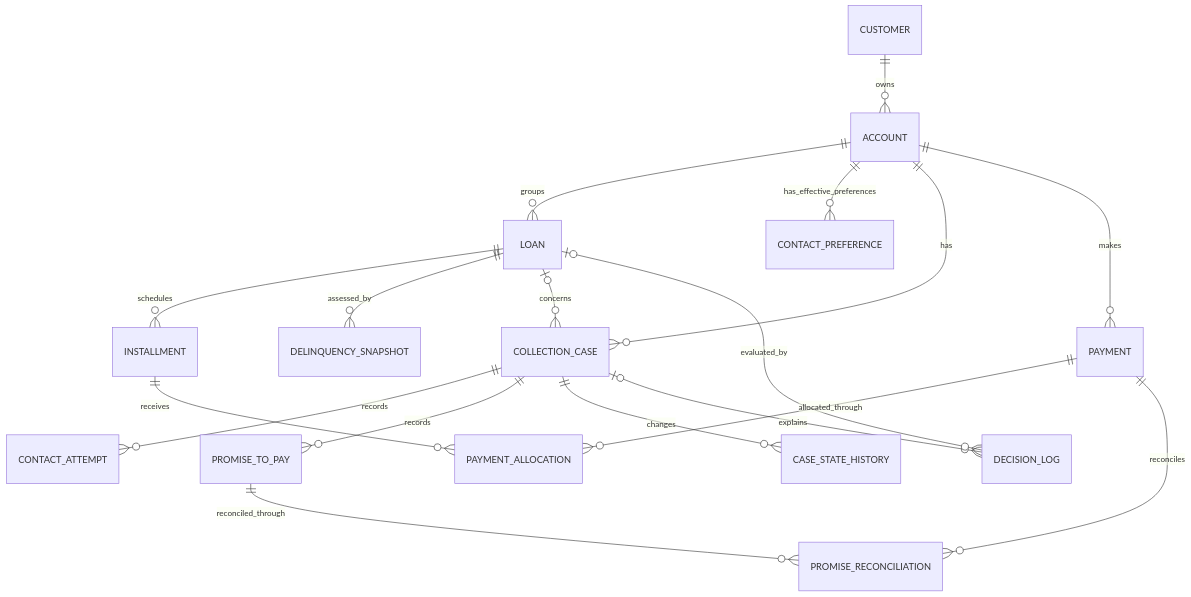
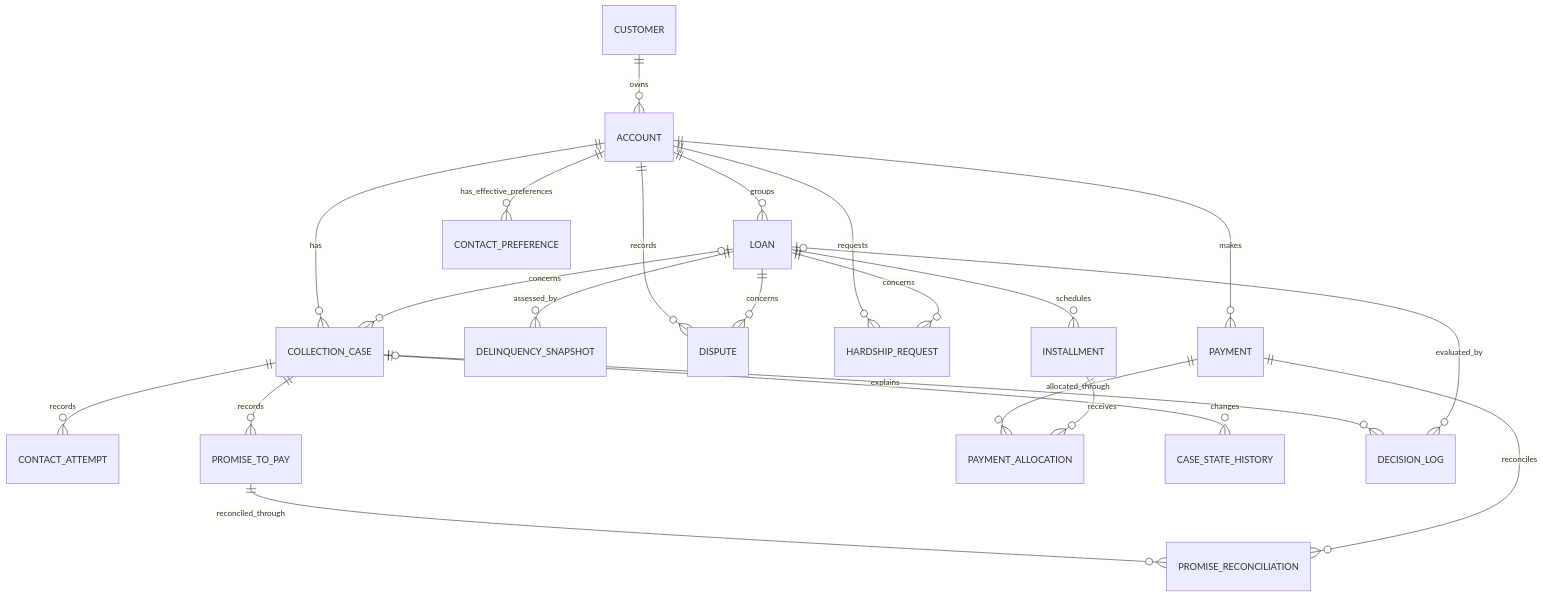
Before and after one commit to Pavaneswar630/yottaflex-debt-collection-engine: the diagram in docs/ER.md, drawn with Mermaid. The commit also changed other lines of this file and 17 other files, not shown here.

````diff
--- a/docs/ER.md
+++ b/docs/ER.md
@@ -3,20 +3,24 @@
 ```mermaid
 erDiagram
     CUSTOMER ||--o{ ACCOUNT : owns
     ACCOUNT ||--o{ LOAN : groups
     LOAN ||--o{ INSTALLMENT : schedules
     LOAN ||--o{ DELINQUENCY_SNAPSHOT : assessed_by
     ACCOUNT ||--o{ CONTACT_PREFERENCE : has_effective_preferences
+    ACCOUNT ||--o{ DISPUTE : records
+    LOAN ||--o{ DISPUTE : concerns
+    ACCOUNT ||--o{ HARDSHIP_REQUEST : requests
+    LOAN ||--o{ HARDSHIP_REQUEST : concerns
     ACCOUNT ||--o{ COLLECTION_CASE : has
     LOAN o|--o{ COLLECTION_CASE : concerns
     COLLECTION_CASE ||--o{ CONTACT_ATTEMPT : records
     COLLECTION_CASE ||--o{ PROMISE_TO_PAY : records
     PAYMENT ||--o{ PAYMENT_ALLOCATION : allocated_through
     INSTALLMENT ||--o{ PAYMENT_ALLOCATION : receives
     PROMISE_TO_PAY ||--o{ PROMISE_RECONCILIATION : reconciled_through
     PAYMENT ||--o{ PROMISE_RECONCILIATION : reconciles
     COLLECTION_CASE ||--o{ CASE_STATE_HISTORY : changes
     COLLECTION_CASE o|--o{ DECISION_LOG : explains
     LOAN o|--o{ DECISION_LOG : evaluated_by
     ACCOUNT ||--o{ PAYMENT : makes
 ```
````
